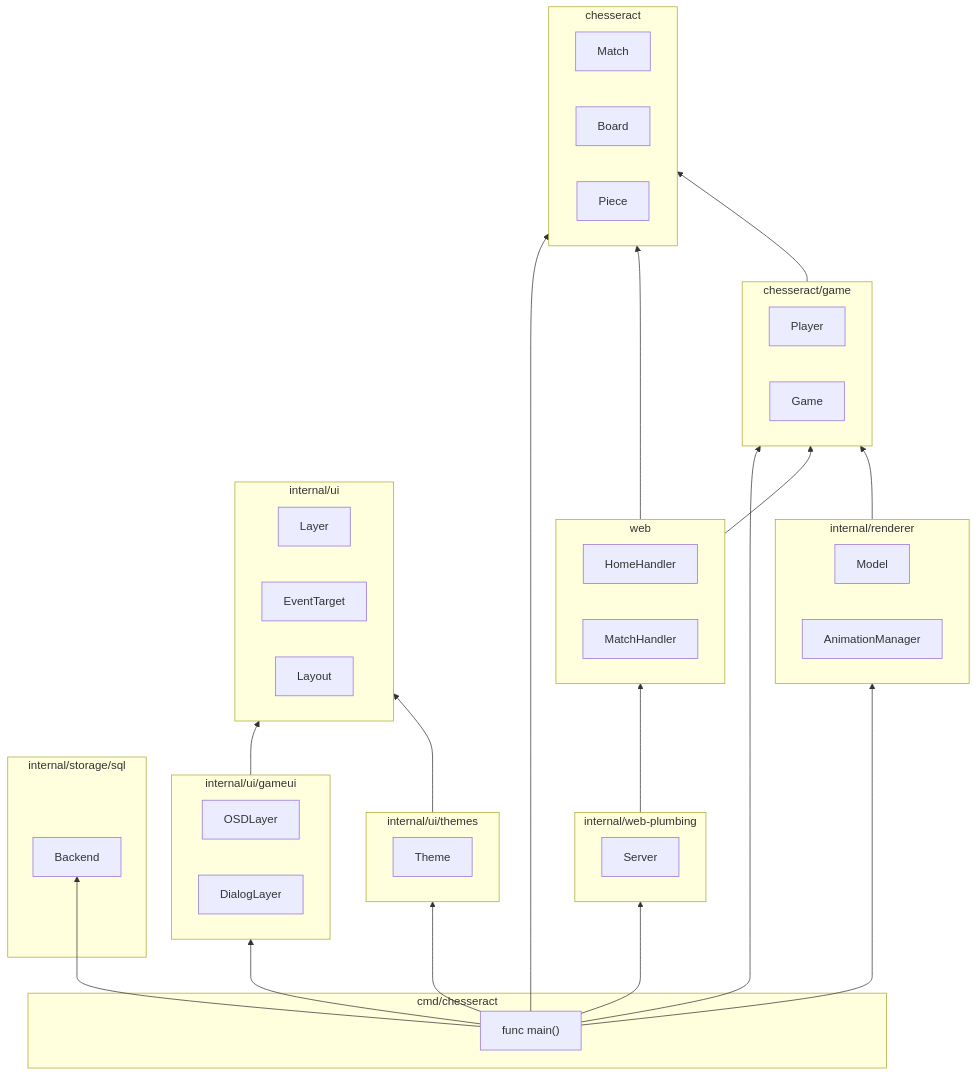
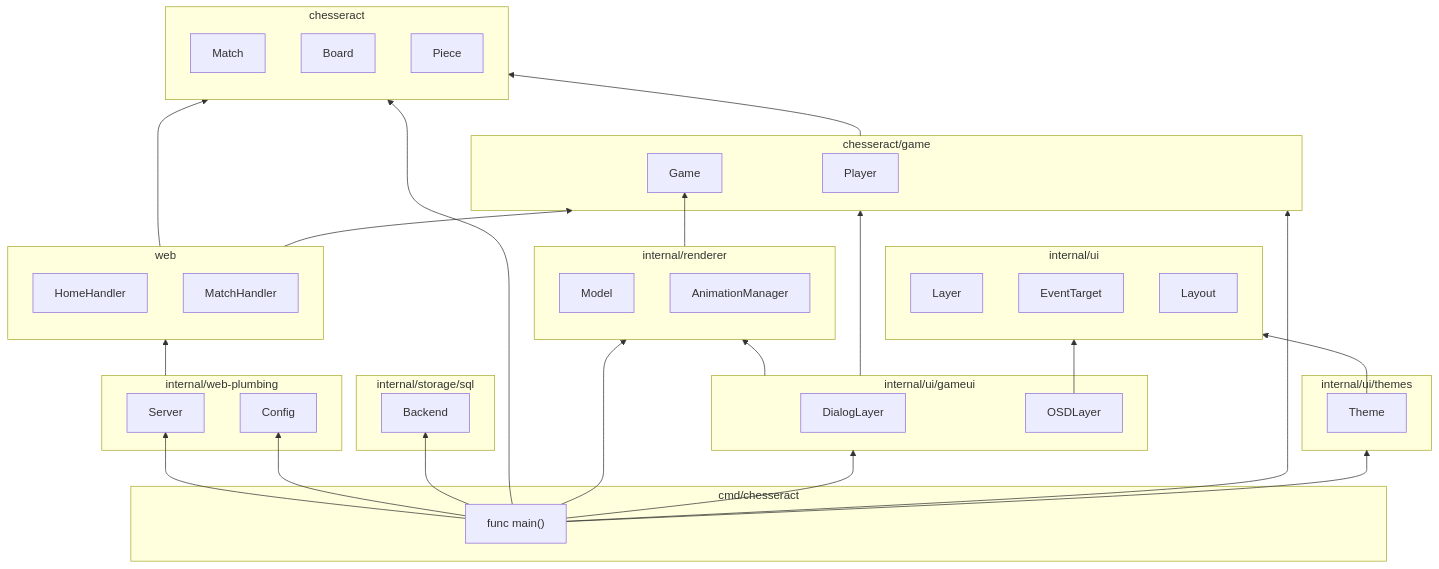
The diagram in doc/domain-model/package-graph.mermaid (thijzert/chesseract), drawn with Mermaid before and after one commit. The commit also changed 2 other files, not shown here.

Commit message:
Tweak graphs: remove features added in mermaid 8.11 while we're compiling on 8.9

```diff
--- a/doc/domain-model/package-graph.mermaid
+++ b/doc/domain-model/package-graph.mermaid
@@ -1,83 +1,88 @@
 flowchart BT
 
 subgraph pmain ["cmd/chesseract"]
 
 	main["func main()"]
 
 end
 
 main --> chesseract
 main --> web-server
+main --> web-config
 main --> sqlbackend
 main --> renderer
 main --> gameui
 main --> gamestuff
 main --> win31
 
+subgraph backends["internal/storage/sql"]
+	sqlbackend[Backend]
+end
+
+subgraph plumbing ["internal/web-plumbing"]
+	%% direction LR
+	web-server[Server]
+	web-config[Config]
+end
+
+plumbing --> web
+
+subgraph web ["web"]
+	%% direction LR
+	HomeHandler
+	MatchHandler
+end
+
+web --> chesseract
+web --> gamestuff
+
 subgraph chesseract
-	direction LR
+	%% direction LR
 	Match
 	Board
 	Piece
 end
 
 subgraph gamestuff ["chesseract/game"]
-	direction LR
+	%% direction LR
 	Player
 	Game
 end
 
 gamestuff --> chesseract
 
 
-subgraph backends["internal/storage/sql"]
-	sqlbackend[Backend]
-end
-
-subgraph plumbing ["internal/web-plumbing"]
-	direction LR
-	web-server[Server]
-end
-
-plumbing --> web
-
-subgraph web ["web"]
-	direction LR
-	HomeHandler
-	MatchHandler
-end
-
-web --> chesseract
-web --> gamestuff
-
 subgraph renderer ["internal/renderer"]
-	direction LR
+	%% direction LR
 	Model
 	AnimationManager
 end
 
 renderer --> Game
 
 subgraph ui ["internal/ui"]
-	direction LR
+	%% direction LR
 	Layer
 	EventTarget
 	Layout
 end
 
 subgraph win31 ["internal/ui/themes"]
-	direction LR
+	%% direction LR
 	Theme
 end
 
 Theme --> ui
 
 subgraph gameui ["internal/ui/gameui"]
-	direction LR
+	%% direction LR
+	DialogLayer
+	%% MenuLayer
+	OSDLayer
 	%% DebugLayer
-	OSDLayer
-	%% MenuLayer
-	DialogLayer
 end
 
-gameui --> ui
+OSDLayer --> ui
+
+gameui --> renderer
+gameui --> gamestuff
```
